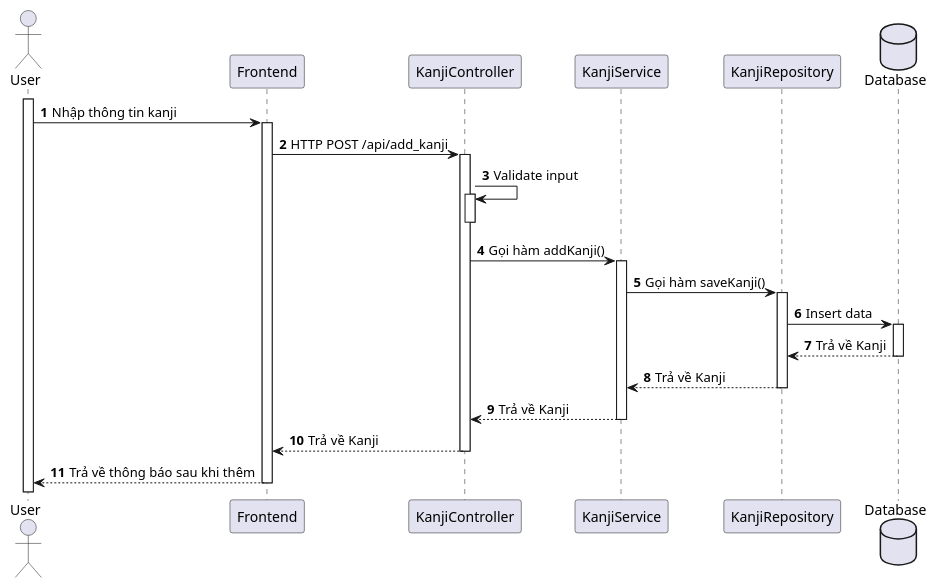
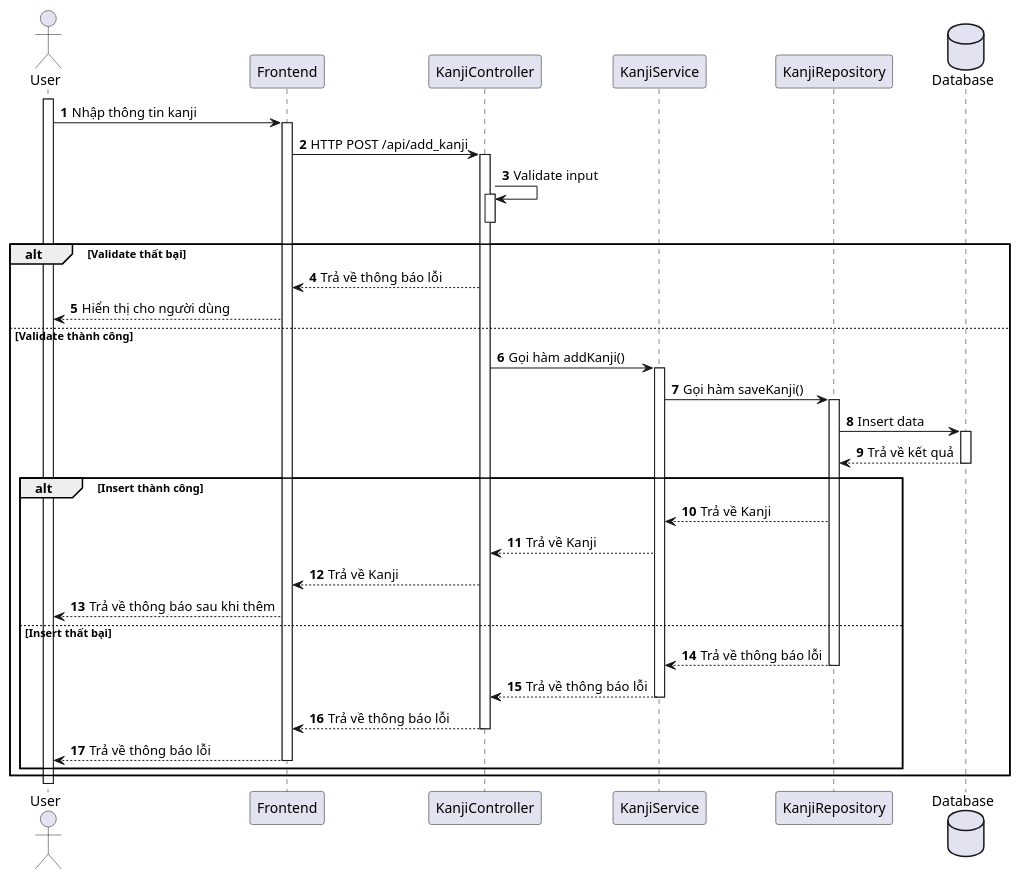
Before and after one commit to Annthe160639/japanese-app: the diagram in japanese-app/plant_uml/Kanji/[Sequence] Kanji_Add.puml, drawn with PlantUML.

Commit message:
sequence diagram: edit add kanji

```diff
--- a/japanese-app/plant_uml/Kanji/[Sequence] Kanji_Add.puml
+++ b/japanese-app/plant_uml/Kanji/[Sequence] Kanji_Add.puml
@@ -1,38 +1,43 @@
 @startuml
 actor User
 'participant "Homepage Activity" as Homepage
 participant "Frontend" as Frontend
 participant "KanjiController" as Controller
 participant "KanjiService" as Service
 participant "KanjiRepository" as Repository
 
 database Database
+activate User
+autonumber
 
-'
-'Use case: Xem danh sách kanji
-'
-
-activate User
-
-autonumber
 User -> Frontend++: Nhập thông tin kanji
-
-'
-'Call API get list radical category
-'
-'Homepage -> Radical++: startActivity(intent)
 Frontend -> Controller++: HTTP POST /api/add_kanji
 Controller -> Controller: Validate input
 activate Controller
 deactivate Controller
-Controller -> Service++: Gọi hàm addKanji()
-Service -> Repository++: Gọi hàm saveKanji()
-Repository -> Database++: Insert data
-Database --> Repository--: Trả về Kanji
-Repository --> Service--: Trả về Kanji
-Service --> Controller--: Trả về Kanji
-Controller --> Frontend--: Trả về Kanji
-Frontend --> User--: Trả về thông báo sau khi thêm
 
+alt Validate thất bại
+    Controller --> Frontend: Trả về thông báo lỗi
+    Frontend --> User: Hiển thị cho người dùng
 
+else Validate thành công
+    Controller -> Service++: Gọi hàm addKanji()
+    Service -> Repository++: Gọi hàm saveKanji()
+    Repository -> Database++: Insert data
+    Database --> Repository--: Trả về kết quả
+    
+    alt Insert thành công
+        Repository --> Service: Trả về Kanji
+        Service --> Controller: Trả về Kanji
+        Controller --> Frontend: Trả về Kanji
+        Frontend --> User: Trả về thông báo sau khi thêm
+        
+    else Insert thất bại
+        Repository --> Service: Trả về thông báo lỗi
+        deactivate Repository
+        Service --> Controller--: Trả về thông báo lỗi
+        Controller --> Frontend--: Trả về thông báo lỗi
+        Frontend --> User--: Trả về thông báo lỗi
+    end
+end
 @enduml
```
